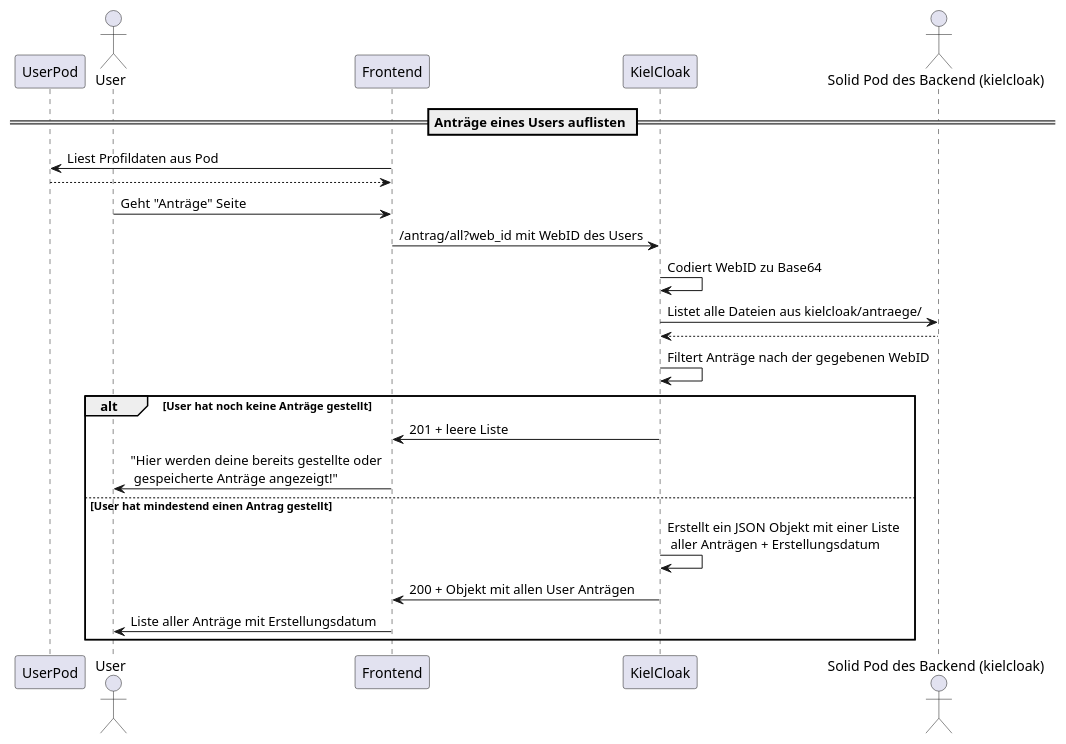
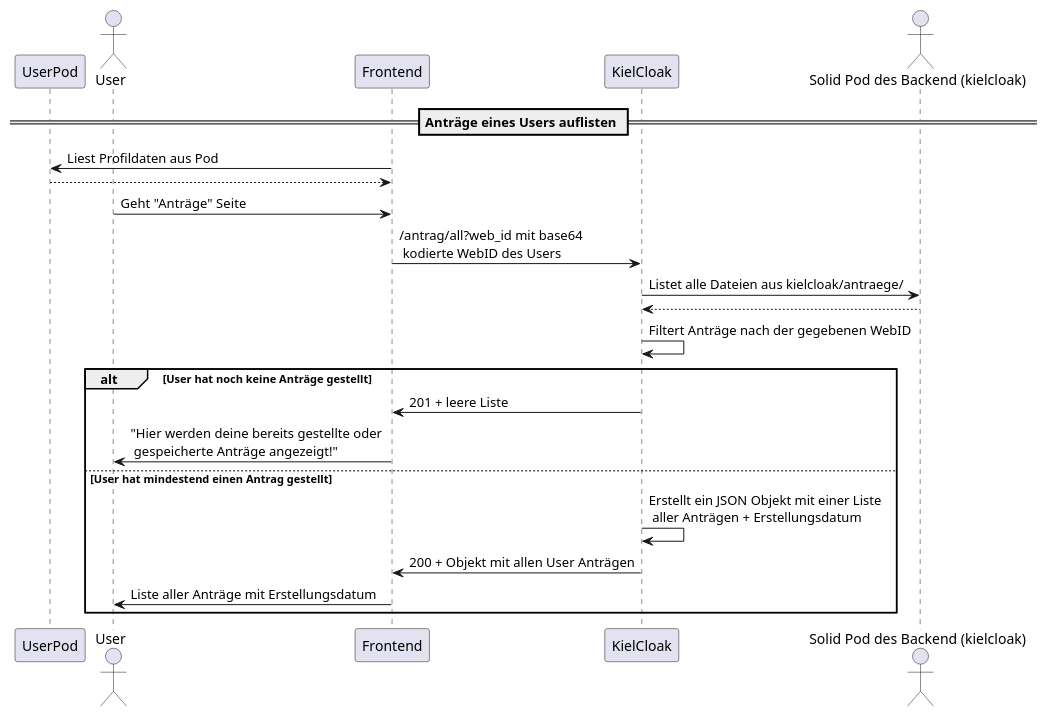
Before and after one commit to kimkevin-cloud/kielcloak: the diagram in Dokumentation/Sequenzdiagramm_antrag-all.plantuml, drawn with PlantUML. The commit also changed 1 other file, not shown here.

Commit message:
chore: Korrektur des /antrag/all Sequenzdiagramm. Base64 in Frontend statt in Backend.

```diff
--- a/Dokumentation/Sequenzdiagramm_antrag-all.plantuml
+++ b/Dokumentation/Sequenzdiagramm_antrag-all.plantuml
@@ -1,29 +1,27 @@
 @startuml Adresse an Dritten nach Ummeldungsprozess weiterleiten
 
 participant UserPod
 actor User
 participant Frontend
 participant KielCloak
 actor "Solid Pod des Backend (kielcloak)" as KielPod
 
 == Anträge eines Users auflisten ==
 
 Frontend -> UserPod : Liest Profildaten aus Pod
 UserPod --> Frontend
 User -> Frontend : Geht "Anträge" Seite 
-Frontend -> KielCloak : /antrag/all?web_id mit WebID des Users
-
-KielCloak -> KielCloak : Codiert WebID zu Base64
+Frontend -> KielCloak : /antrag/all?web_id mit base64 \n kodierte WebID des Users
 KielCloak -> KielPod : Listet alle Dateien aus kielcloak/antraege/
 KielPod --> KielCloak
 KielCloak -> KielCloak : Filtert Anträge nach der gegebenen WebID
 alt User hat noch keine Anträge gestellt
     KielCloak -> Frontend : 201 + leere Liste
     Frontend -> User : "Hier werden deine bereits gestellte oder \n gespeicherte Anträge angezeigt!"
 else User hat mindestend einen Antrag gestellt
     KielCloak -> KielCloak : Erstellt ein JSON Objekt mit einer Liste \n aller Anträgen + Erstellungsdatum
     KielCloak -> Frontend : 200 + Objekt mit allen User Anträgen
     Frontend -> User : Liste aller Anträge mit Erstellungsdatum
 end
 
 @enduml
```
